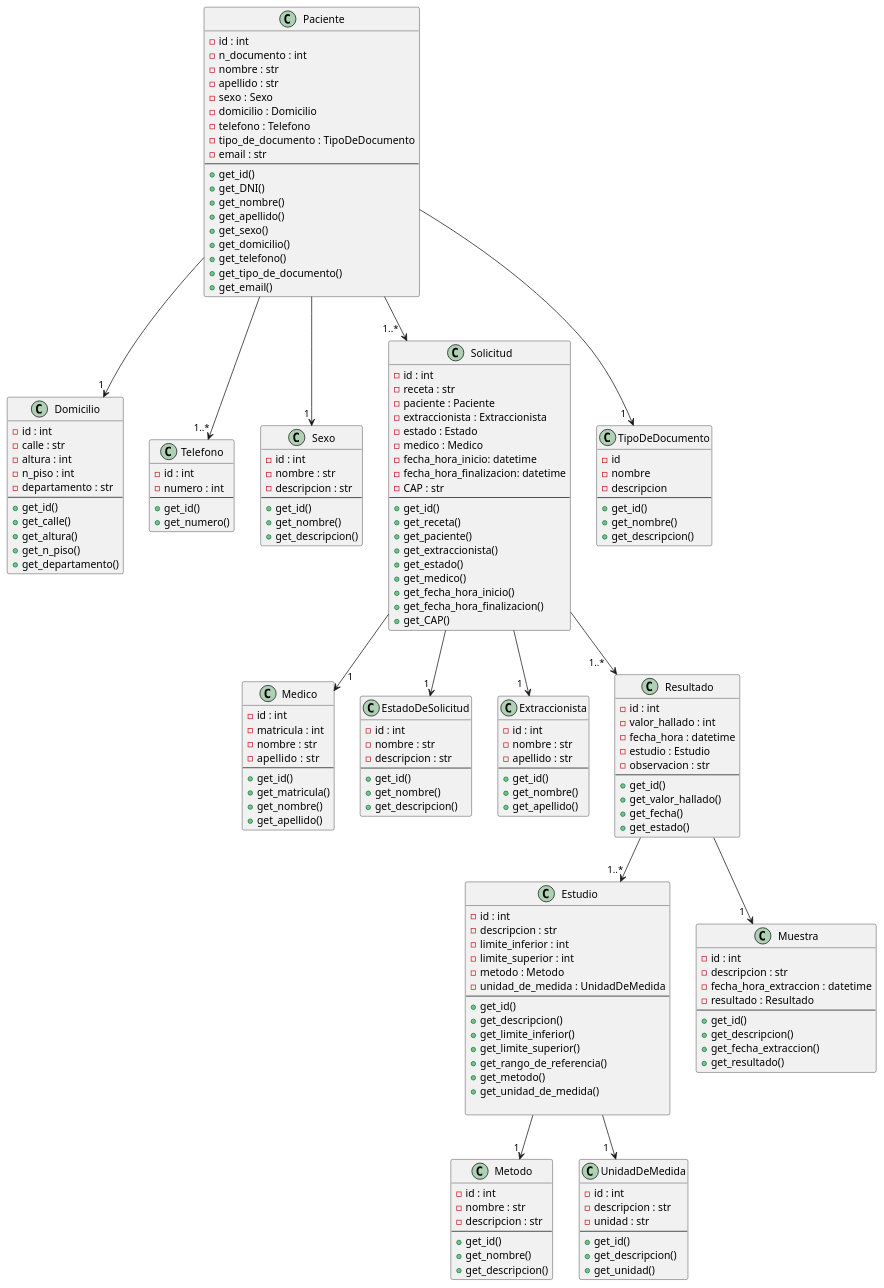
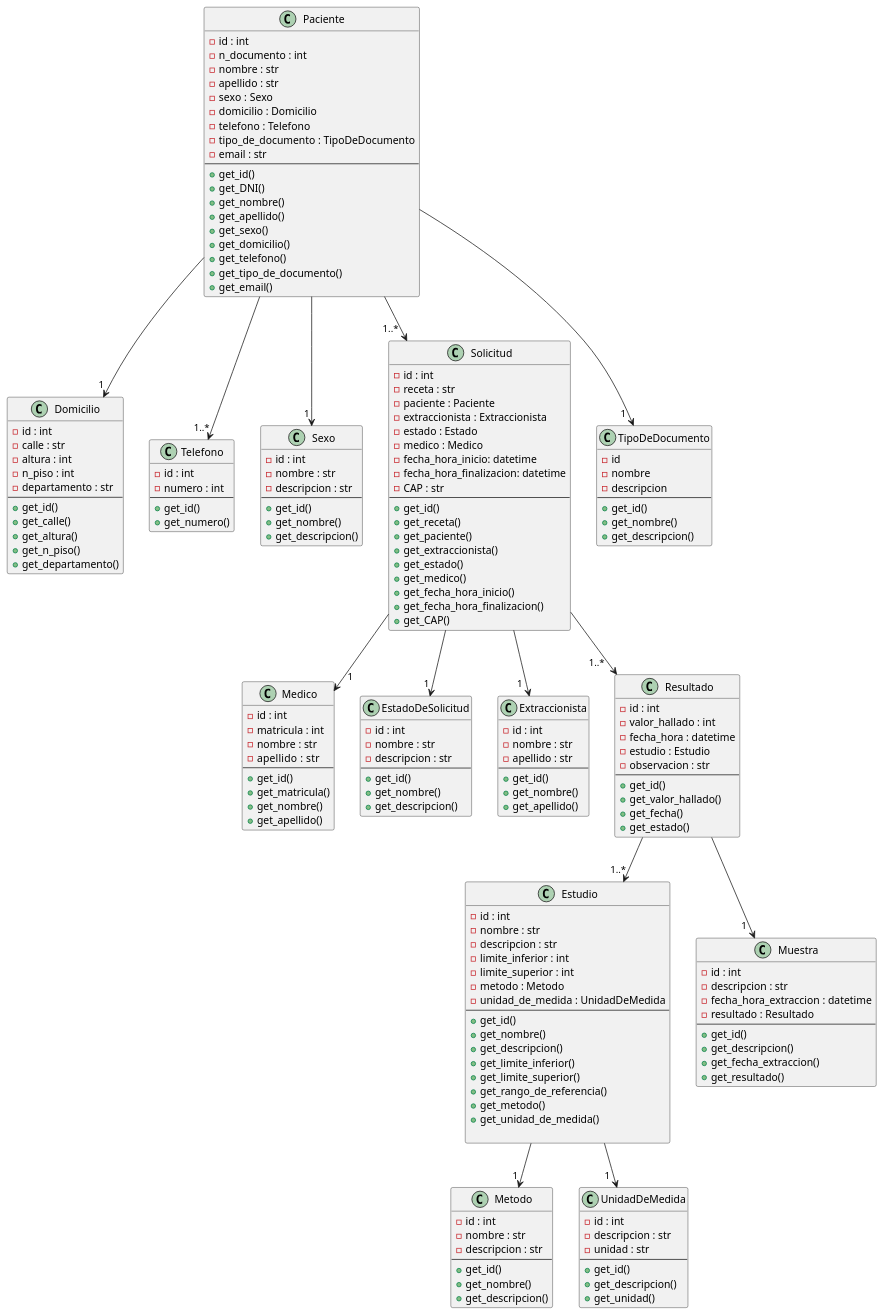
The diagram in Diagrams/ClassDiagram.wsd (MateMar04/Biomedica), drawn with PlantUML before and after one commit. The commit also changed 2 other files, not shown here.

Commit message:
Corrections in sql file and diagrams. Also added inserts in sql files.

```diff
--- a/Diagrams/ClassDiagram.wsd
+++ b/Diagrams/ClassDiagram.wsd
@@ -1,198 +1,200 @@
 @startuml ClassDiagram
 
 class Medico {
     - id : int
     - matricula : int
     - nombre : str
     - apellido  : str
     --
     + get_id()
     + get_matricula()
     + get_nombre()
     + get_apellido()
 }
 
 class Domicilio {
     - id : int
     - calle : str
     - altura : int
     - n_piso : int
     - departamento : str
     --
     + get_id()
     + get_calle()
     + get_altura()
     + get_n_piso()
     + get_departamento()
 }
 
 class Telefono {
     - id : int
     - numero : int
     --
     + get_id()
     + get_numero()
 }
 
 class Sexo {
     - id : int
     - nombre : str
     - descripcion : str
     --
     + get_id()
     + get_nombre()
     + get_descripcion()
 }
 
 class Paciente {
     - id : int
     - n_documento : int
     - nombre : str
     - apellido : str
     - sexo : Sexo
     - domicilio : Domicilio
     - telefono : Telefono
     - tipo_de_documento : TipoDeDocumento
     - email : str
     --
     + get_id()
     + get_DNI()
     + get_nombre()
     + get_apellido()
     + get_sexo()
     + get_domicilio()
     + get_telefono()
     +get_tipo_de_documento()
     + get_email()
 }
 
 class EstadoDeSolicitud {
     - id : int
     - nombre : str
     - descripcion : str
     --
     + get_id()
     + get_nombre()
     + get_descripcion()
 }
 
 class Estudio {
     - id : int
+    - nombre : str
     - descripcion : str
     - limite_inferior : int
     - limite_superior : int
     - metodo : Metodo
     - unidad_de_medida : UnidadDeMedida
     --
     + get_id()
+    + get_nombre()
     + get_descripcion()
     + get_limite_inferior()
     + get_limite_superior()
     + get_rango_de_referencia()
     + get_metodo()
     + get_unidad_de_medida()
 
 }
 
 class Solicitud {
     - id : int
     - receta : str
     - paciente : Paciente
     - extraccionista : Extraccionista
     - estado : Estado
     - medico : Medico
     - fecha_hora_inicio: datetime
     - fecha_hora_finalizacion: datetime
     - CAP : str
     --
     + get_id()
     + get_receta()
     + get_paciente()
     + get_extraccionista()
     + get_estado()
     + get_medico()
     + get_fecha_hora_inicio()
     + get_fecha_hora_finalizacion()
     + get_CAP()
 }
 
 class Extraccionista {
     - id : int
     - nombre : str
     - apellido : str
     --
     + get_id()
     + get_nombre()
     + get_apellido()
 }
 
 class Muestra {
     - id : int
     - descripcion : str
     - fecha_hora_extraccion : datetime
     - resultado : Resultado
     --
     + get_id()
     + get_descripcion()
     + get_fecha_extraccion()
     + get_resultado()
 }
 
 class Metodo {
     - id : int
     - nombre : str
     - descripcion : str
     --
     + get_id()
     + get_nombre()
     + get_descripcion()
 }
 
 class Resultado {
     - id : int
     - valor_hallado : int
     - fecha_hora : datetime
     - estudio : Estudio
     - observacion : str
     --
     + get_id()
     + get_valor_hallado()
     + get_fecha()
     + get_estado()
 }
 
 class UnidadDeMedida {
     - id : int
     - descripcion : str
     - unidad : str
     --
     + get_id()
     + get_descripcion()
     + get_unidad()
 }
 
 class TipoDeDocumento{
     - id
     - nombre
     - descripcion
     --
     + get_id()
     + get_nombre()
     + get_descripcion()
 }
 
 Paciente --> "1 " Sexo
 Paciente --> "1..*" Telefono
 Paciente --> "1 " Domicilio
 Paciente --> "1..*  " Solicitud
 Paciente --> "1  " TipoDeDocumento
 Solicitud --> "1  " Extraccionista
 Solicitud --> "   1" Medico
 Solicitud --> "1 " EstadoDeSolicitud
 Solicitud --> "1..*   " Resultado
 Resultado --> "1  " Muestra
 Resultado --> "1..*" Estudio
 Estudio --> "1 " Metodo
 Estudio --> "1  " UnidadDeMedida 
 
 @enduml
```
